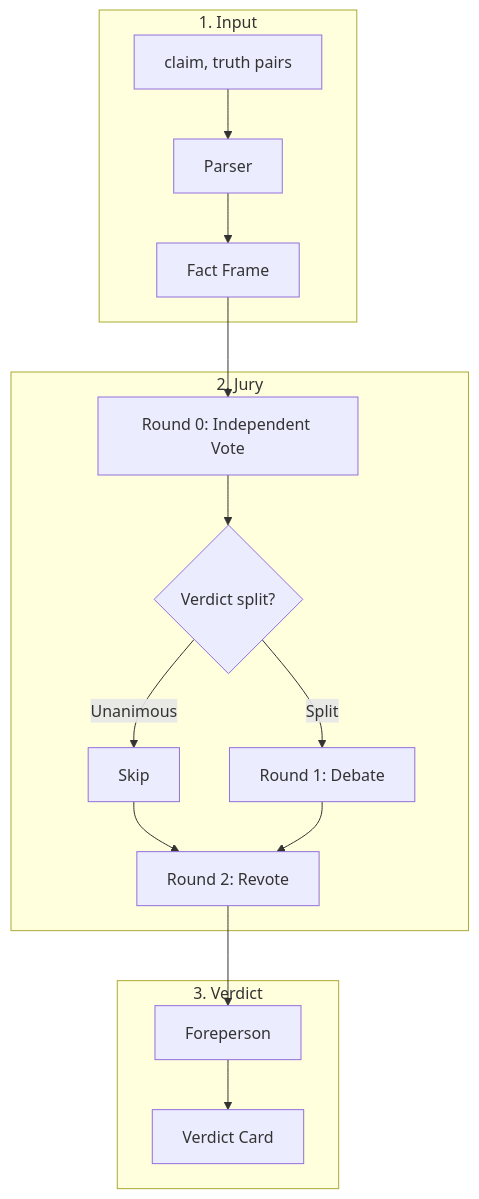
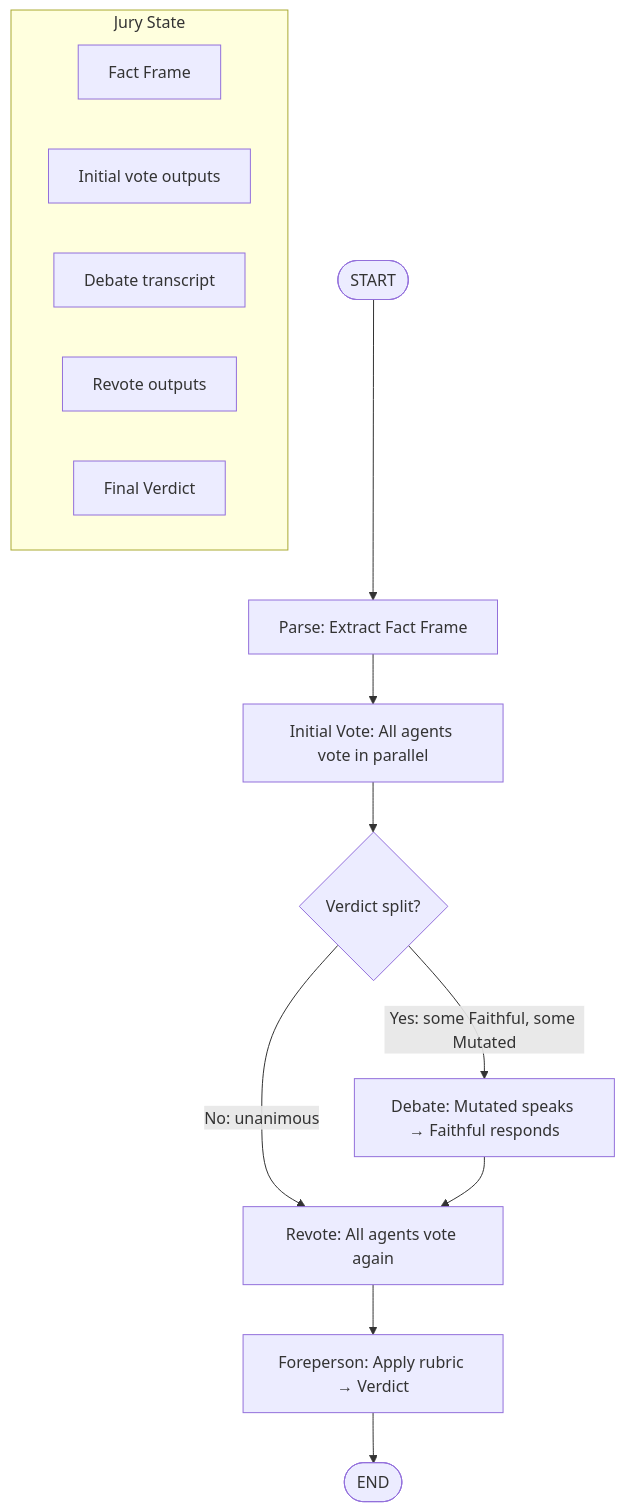
One commit to thanostriantafyllou3/hacktrace-nova changed the diagram in README.md. Above: the diagram before and after it, drawn with Mermaid. The commit also changed other lines of this file and 1 other file, not shown here.

````diff
--- a/README.md
+++ b/README.md
@@ -17,30 +97,24 @@
 ```mermaid
 flowchart TB
-    subgraph Input [1. Input]
-        Data[claim, truth pairs]
-        Parser[Parser]
+    START([START]) --> Parse
+    Parse[Parse: Extract Fact Frame]
+    Parse --> InitialVote[Initial Vote: All agents vote in parallel]
+
+    InitialVote --> Route{Verdict split?}
+
+    Route -->|Yes: some Faithful, some Mutated| Debate[Debate: Mutated speaks → Faithful responds]
+    Route -->|No: unanimous| Revote
+
+    Debate --> Revote[Revote: All agents vote again]
+
+    Revote --> Foreperson[Foreperson: Apply rubric → Verdict]
+    Foreperson --> END([END])
+
+    subgraph Jury [Jury State]
         FactFrame[Fact Frame]
-        Data --> Parser --> FactFrame
-    end
-
-    subgraph Jury [2. Jury]
-        R0[Round 0: Independent Vote]
-        Split{Verdict split?}
-        Skip[Skip]
-        Debate[Round 1: Debate]
-        R2[Round 2: Revote]
-
-        FactFrame --> R0
-        R0 --> Split
-        Split -->|Unanimous| Skip
-        Split -->|Split| Debate
-        Skip --> R2
-        Debate --> R2
-    end
-
-    subgraph Verdict [3. Verdict]
-        Foreperson[Foreperson]
-        Output[Verdict Card]
-        R2 --> Foreperson --> Output
+        InitialOutputs[Initial vote outputs]
+        Transcript[Debate transcript]
+        RevoteOutputs[Revote outputs]
+        Verdict[Final Verdict]
     end
 ```
````
